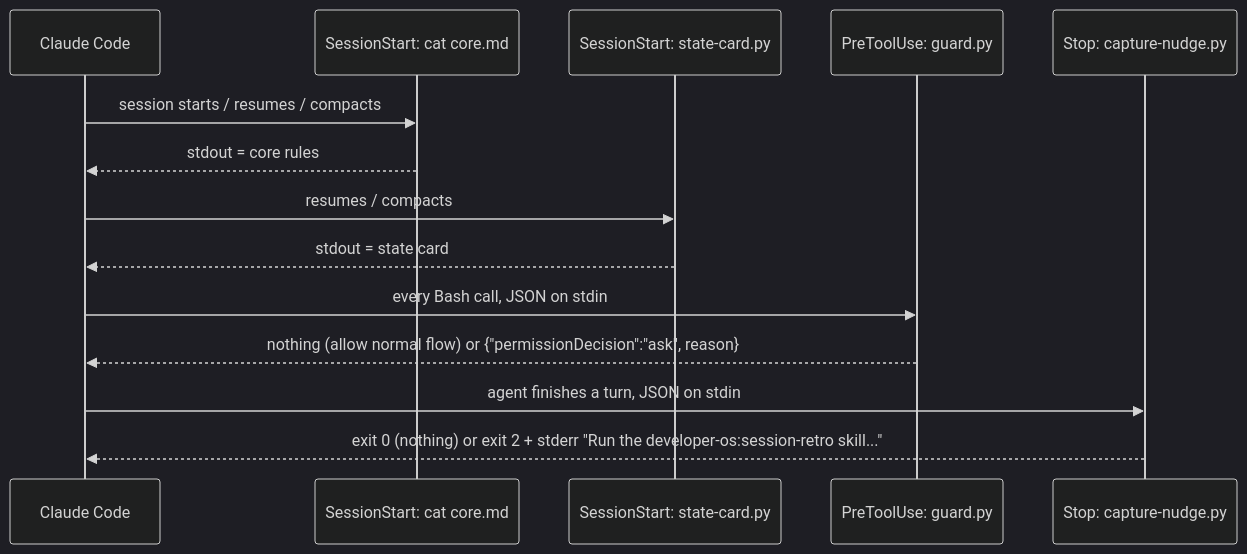
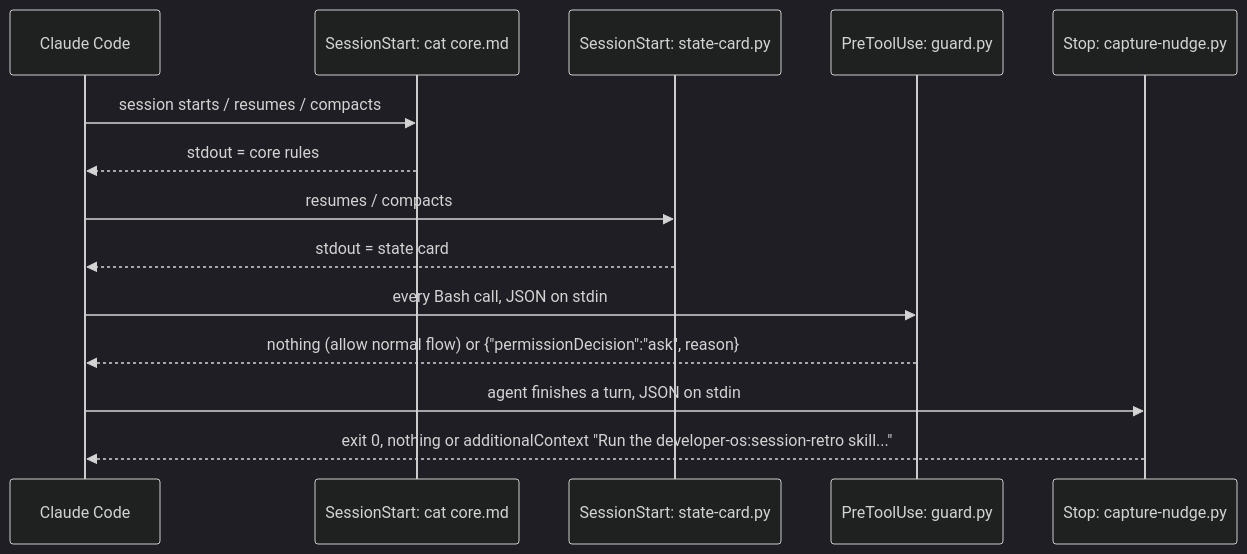
Before and after one commit to msolecki/developer-os: the first of 2 diagrams in docs/architecture/overview.md, drawn with Mermaid (dark theme). The commit also changed 7 other files, not shown here.

Commit message:
fix(hooks): session-retro nudge as Stop feedback, not a hook error

````diff
--- a/docs/architecture/overview.md
+++ b/docs/architecture/overview.md
@@ -60,16 +60,16 @@
 ```mermaid
 sequenceDiagram
   participant CC as Claude Code
   participant R as SessionStart: cat core.md
   participant SS as SessionStart: state-card.py
   participant G as PreToolUse: guard.py
   participant N as Stop: capture-nudge.py
   CC->>R: session starts / resumes / compacts
   R-->>CC: stdout = core rules
   CC->>SS: resumes / compacts
   SS-->>CC: stdout = state card
   CC->>G: every Bash call, JSON on stdin
   G-->>CC: nothing (allow normal flow) or {"permissionDecision":"ask", reason}
   CC->>N: agent finishes a turn, JSON on stdin
-  N-->>CC: exit 0 (nothing) or exit 2 + stderr "Run the developer-os:session-retro skill..."
+  N-->>CC: exit 0, nothing or additionalContext "Run the developer-os:session-retro skill..."
 ```
````
